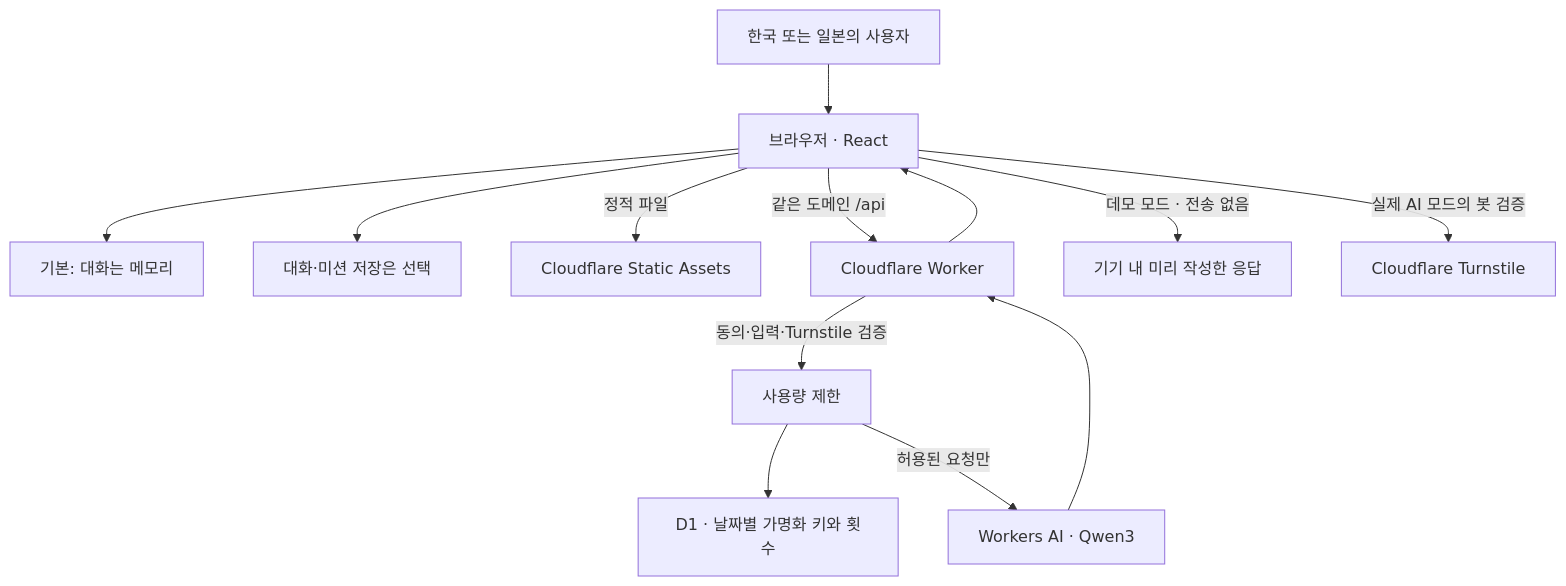
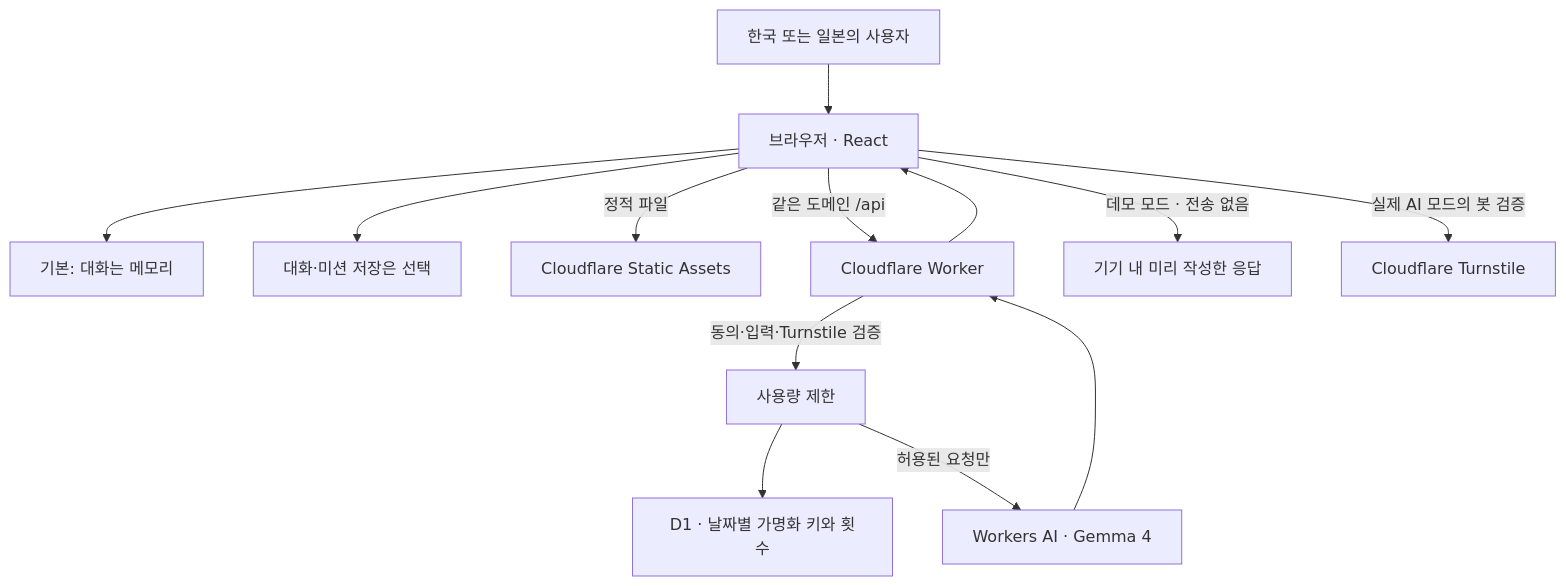
One commit to IPPO-2026/ippo changed the first of 2 diagrams in docs/architecture.md. Above: the diagram before and after it, drawn with Mermaid. The commit also changed other lines of this file and 14 other files, not shown here.

````diff
--- a/docs/architecture.md
+++ b/docs/architecture.md
@@ -9,15 +9,15 @@
 ```mermaid
 flowchart TD
   U[한국 또는 일본의 사용자] --> B[브라우저 · React]
   B --> M[기본: 대화는 메모리]
   B --> L[대화·미션 저장은 선택]
   B -->|정적 파일| S[Cloudflare Static Assets]
   B -->|같은 도메인 /api| W[Cloudflare Worker]
   B -->|데모 모드 · 전송 없음| D[기기 내 미리 작성한 응답]
   B -->|실제 AI 모드의 봇 검증| T[Cloudflare Turnstile]
   W -->|동의·입력·Turnstile 검증| G[사용량 제한]
   G --> Q[D1 · 날짜별 가명화 키와 횟수]
-  G -->|허용된 요청만| A[Workers AI · Qwen3]
+  G -->|허용된 요청만| A[Workers AI · Gemma 4]
   A --> W
   W --> B
 ```
````
